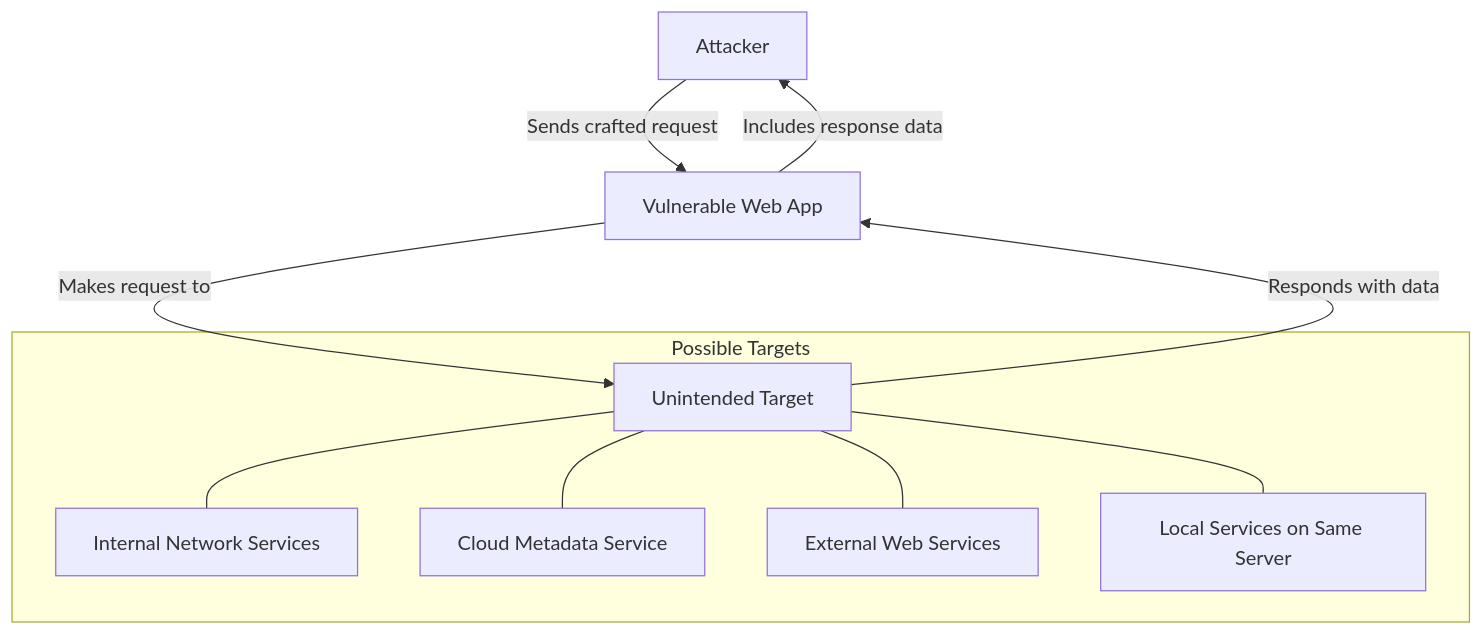
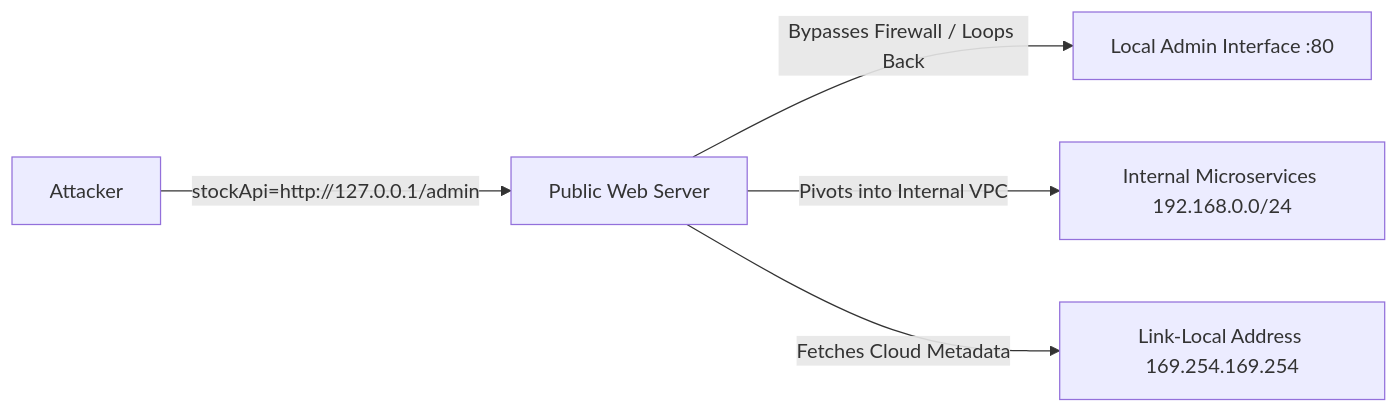
One commit to afshinShh/ObsNotes changed the diagram in wiki/web-and-bug-bounty/concepts/server-side-request-forgery.md. Above: the diagram before and after it, drawn with Mermaid. The commit also changed other lines of this file and 32 other files, not shown here.

````diff
--- a/wiki/web-and-bug-bounty/concepts/server-side-request-forgery.md
+++ b/wiki/web-and-bug-bounty/concepts/server-side-request-forgery.md
@@ -60,20 +73,7 @@
 ```mermaid
-graph TD
-    A[Attacker] -->|Sends crafted request| B[Vulnerable Web App]
-    B -->|Makes request to| C[Unintended Target]
-    C -->|Responds with data| B
-    B -->|Includes response data| A
-
-    subgraph "Possible Targets"
-        C
-        D[Internal Network Services]
-        E[Cloud Metadata Service]
-        F[External Web Services]
-        G[Local Services on Same Server]
-    end
-
-    C --- D
-    C --- E
-    C --- F
-    C --- G
+flowchart LR
+    A[Attacker] -->|stockApi=http://127.0.0.1/admin| B[Public Web Server]
+    B -->|Bypasses Firewall / Loops Back| C[Local Admin Interface :80]
+    B -->|Pivots into Internal VPC| D[Internal Microservices 192.168.0.0/24]
+    B -->|Fetches Cloud Metadata| E[Link-Local Address 169.254.169.254]
 ```
````
